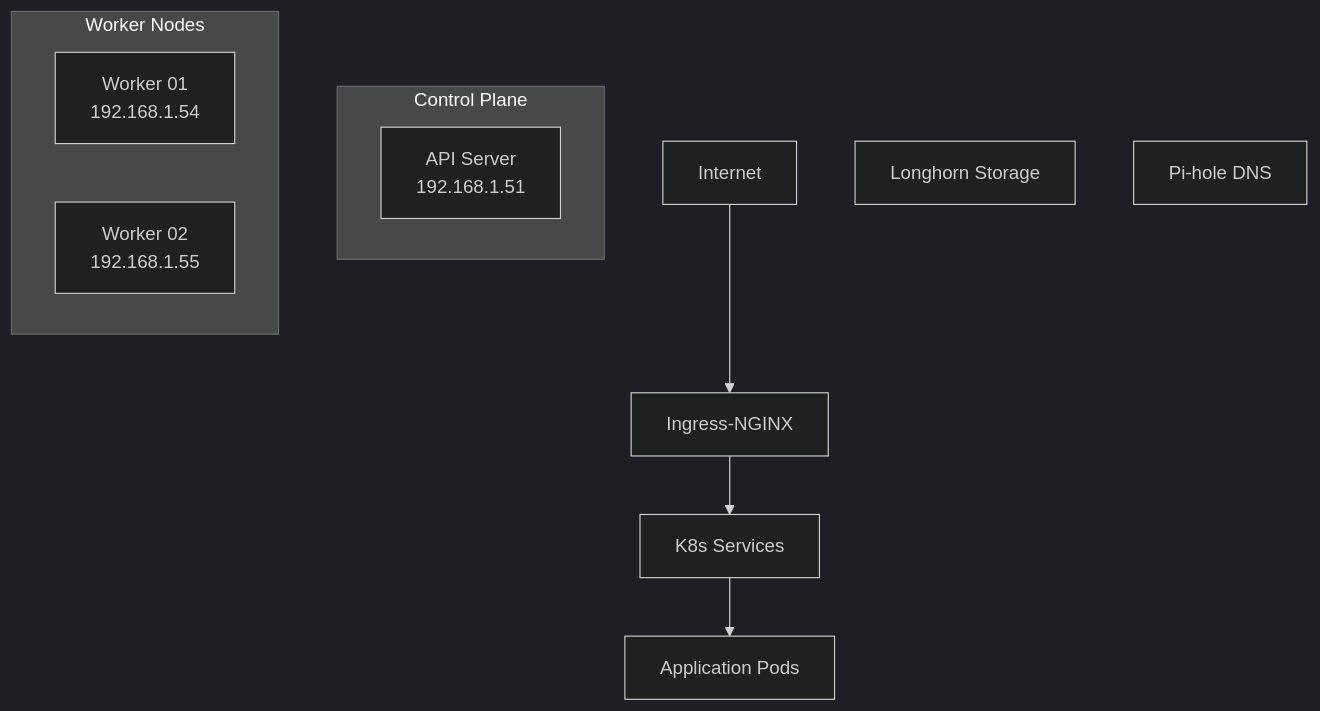
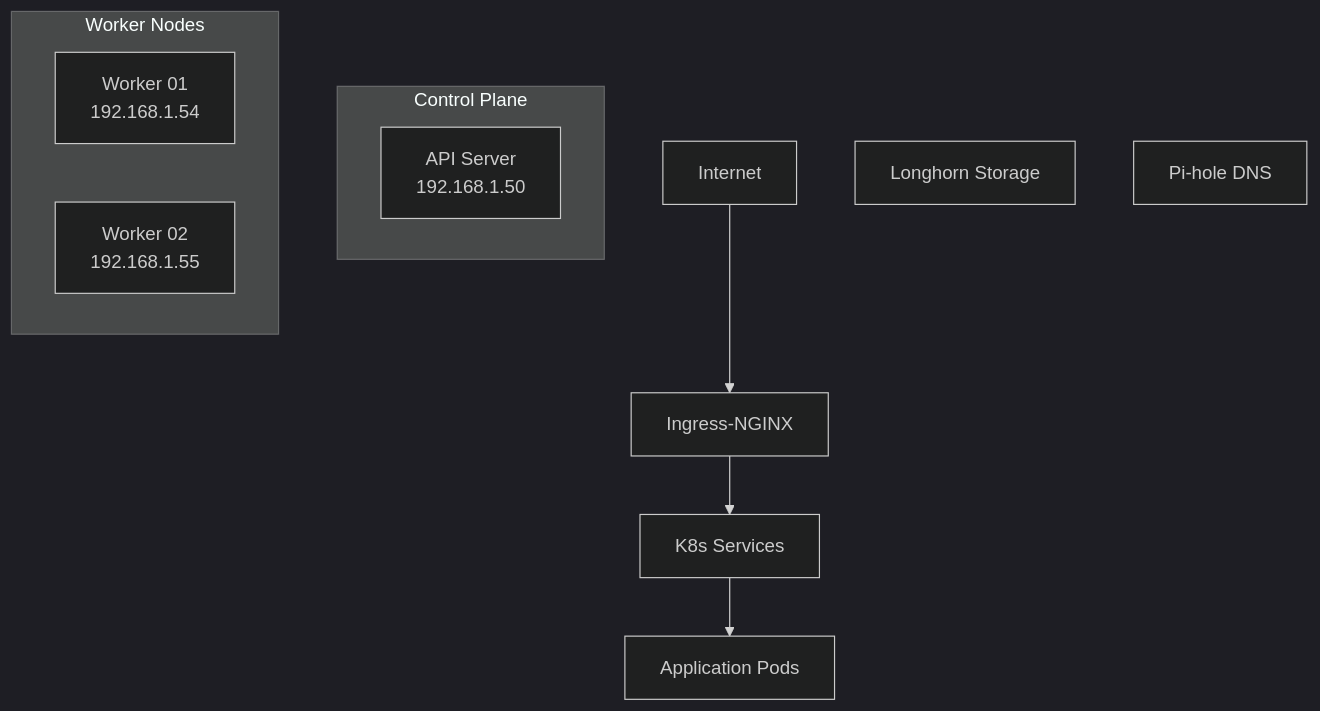
Before and after one commit to melvinlee/k8s-homelab: the diagram in docs/infrastructure.md, drawn with Mermaid (dark theme). The commit also changed other lines of this file and 9 other files, not shown here.

````diff
--- a/docs/infrastructure.md
+++ b/docs/infrastructure.md
@@ -18,18 +18,18 @@
 ```mermaid
 graph TD
     Internet --> Ingress[Ingress-NGINX]
     Ingress --> Services[K8s Services]
     Services --> Pods[Application Pods]
     
     subgraph Control Plane
-        API[API Server<br/>192.168.1.51]
+        API[API Server<br/>192.168.1.50]
     end
     
     subgraph Worker Nodes
         Worker1[Worker 01<br/>192.168.1.54]
         Worker2[Worker 02<br/>192.168.1.55]
     end
     
     Storage[Longhorn Storage]
     DNS[Pi-hole DNS]
 ```
````
